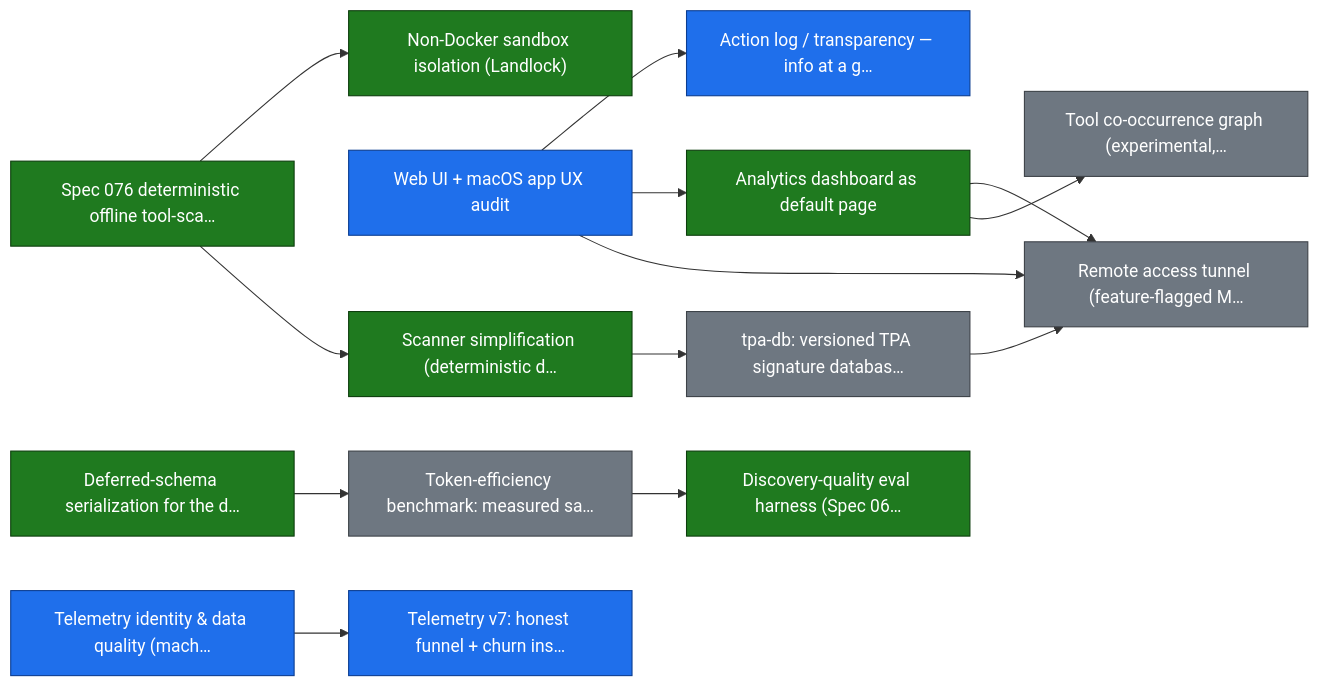
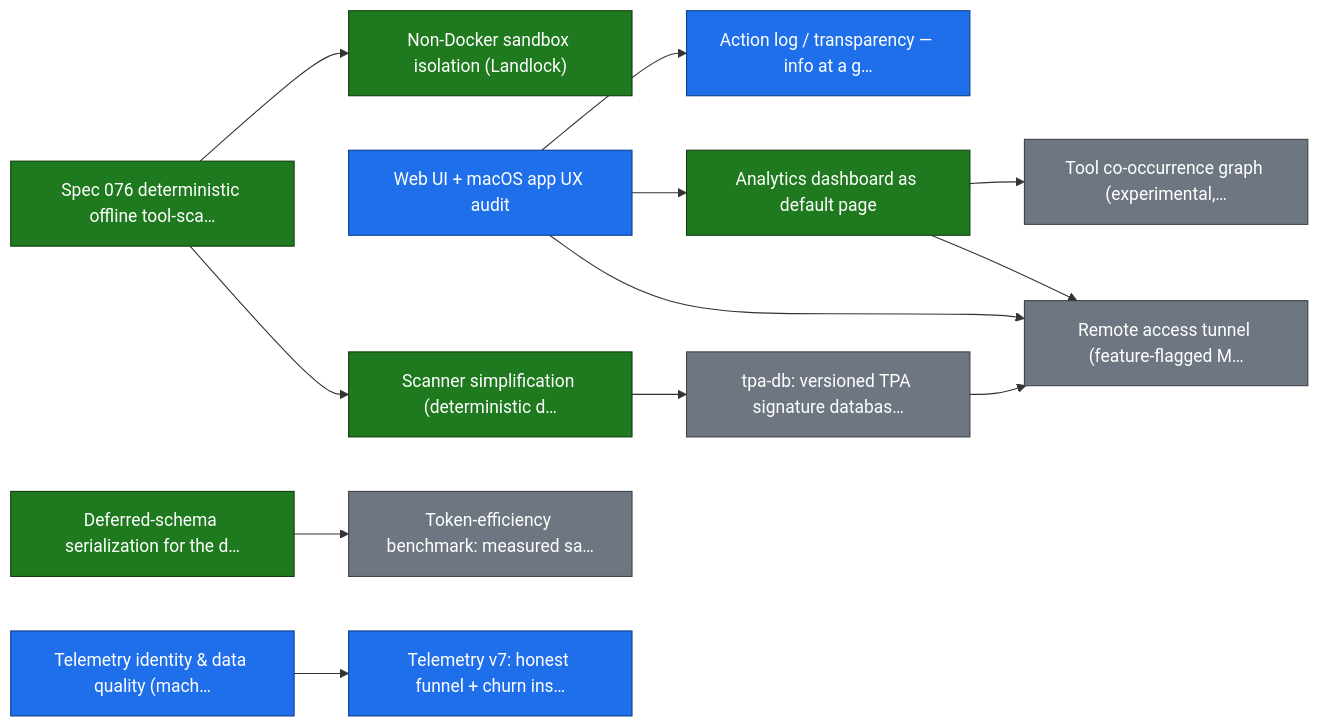
The first of 20 diagrams in ROADMAP.md (smart-mcp-proxy/mcpproxy-go), drawn with Mermaid before and after one commit. The commit also changed other lines of this file and 1 other file, not shown here.

First line of the commit message:
fix(roadmap): tighten two claims from cross-model review round 2

````diff
--- a/ROADMAP.md
+++ b/ROADMAP.md
@@ -36,37 +36,35 @@
 ```mermaid
 graph LR
   sandbox_isolation["Non-Docker sandbox isolation (Landlock)"]
   scanner_v2["Spec 076 deterministic offline tool-sca…"]
   ux_audit["Web UI + macOS app UX audit"]
   action_log_transparency["Action log / transparency — info at a g…"]
   analytics_dashboard["Analytics dashboard as default page"]
   scanner_simplification["Scanner simplification (deterministic d…"]
   tpa_db["tpa-db: versioned TPA signature databas…"]
   remote_access_tunnel["Remote access tunnel (feature-flagged M…"]
   schema_deferred["Deferred-schema serialization for the d…"]
   token_bench["Token-efficiency benchmark: measured sa…"]
   tool_graph["Tool co-occurrence graph (experimental,…"]
   telemetry_identity["Telemetry identity & data quality (mach…"]
   telemetry_v7_churn["Telemetry v7: honest funnel + churn ins…"]
-  discovery_eval_harness["Discovery-quality eval harness (Spec 06…"]
 
   scanner_v2 --> sandbox_isolation
   ux_audit --> action_log_transparency
   ux_audit --> analytics_dashboard
   scanner_v2 --> scanner_simplification
   scanner_simplification --> tpa_db
   tpa_db --> remote_access_tunnel
   ux_audit --> remote_access_tunnel
   analytics_dashboard --> remote_access_tunnel
   schema_deferred --> token_bench
   analytics_dashboard --> tool_graph
   telemetry_identity --> telemetry_v7_churn
-  token_bench --> discovery_eval_harness
 
   classDef done fill:#1f7a1f,stroke:#0d3d0d,color:#ffffff;
   classDef in_progress fill:#1f6feb,stroke:#0b3d91,color:#ffffff;
   classDef todo fill:#6e7781,stroke:#3d4248,color:#ffffff;
-  class sandbox_isolation,scanner_v2,analytics_dashboard,scanner_simplification,schema_deferred,discovery_eval_harness done;
+  class sandbox_isolation,scanner_v2,analytics_dashboard,scanner_simplification,schema_deferred done;
   class ux_audit,action_log_transparency,telemetry_identity,telemetry_v7_churn in_progress;
   class tpa_db,remote_access_tunnel,token_bench,tool_graph todo;
 ```
````
